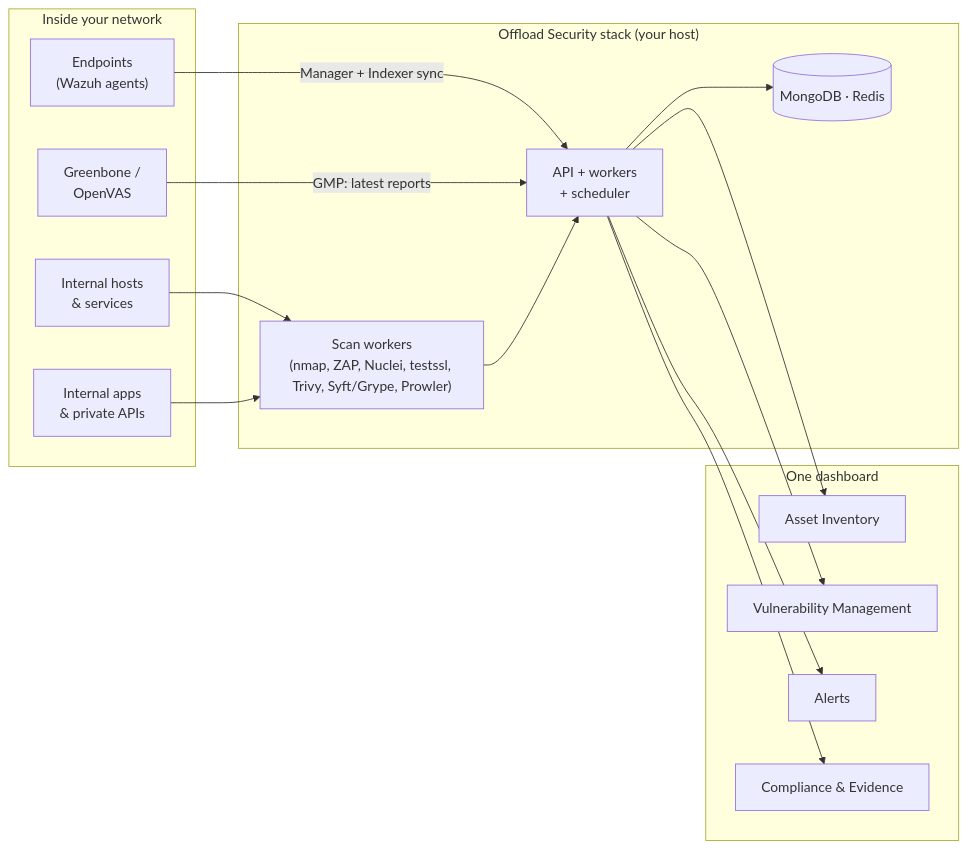
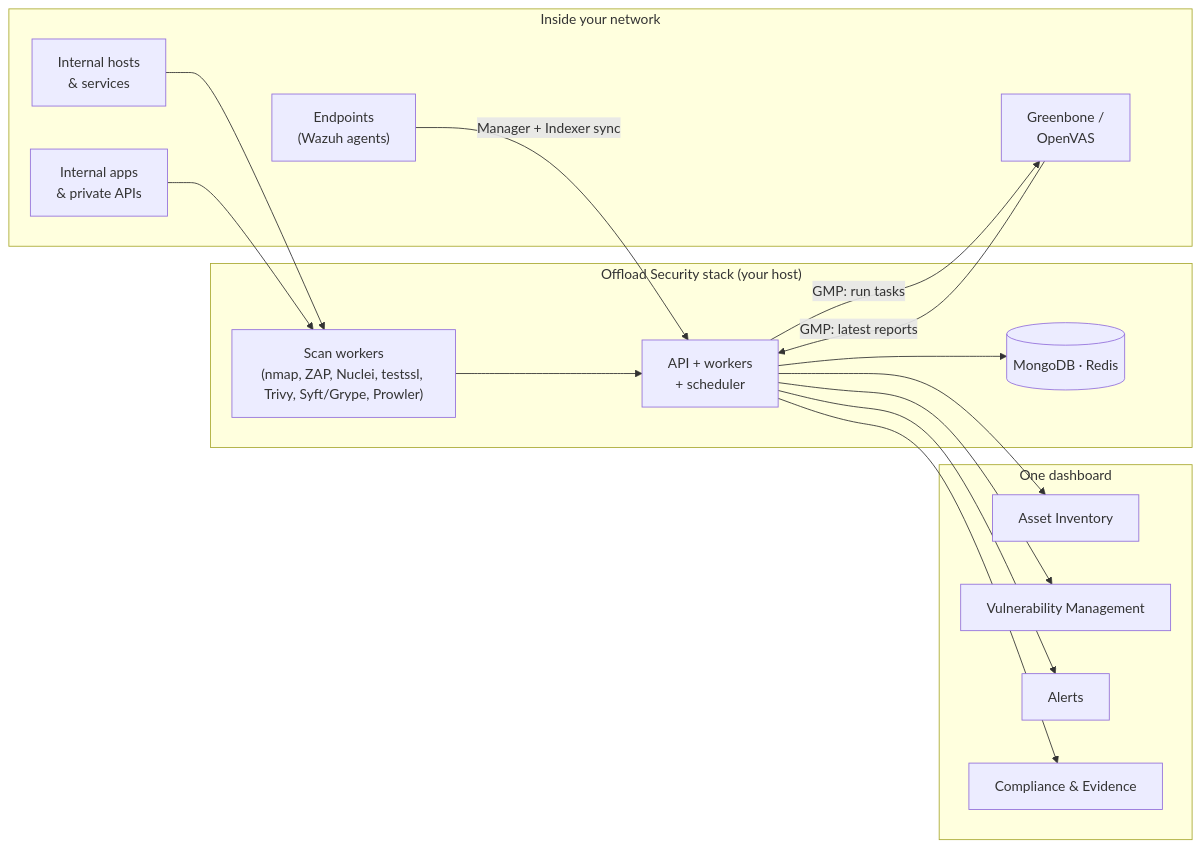
One commit to niteshsaini/offloadsecurity-docs changed the diagram in docs/on-premises/index.mdx. Above: the diagram before and after it, drawn with Mermaid. The commit also changed other lines of this file and 287 other files, not shown here.

````diff
--- a/docs/on-premises/index.mdx
+++ b/docs/on-premises/index.mdx
@@ -42,26 +42,27 @@
 ```mermaid
 flowchart LR
     subgraph Internal["Inside your network"]
         HOSTS["Internal hosts<br/>& services"]
         APPS["Internal apps<br/>& private APIs"]
         EP["Endpoints<br/>(Wazuh agents)"]
         GV["Greenbone /<br/>OpenVAS"]
     end
     subgraph Stack["Offload Security stack (your host)"]
         WK["Scan workers<br/>(nmap, ZAP, Nuclei, testssl, Trivy, Syft/Grype, Prowler)"]
         API["API + workers<br/>+ scheduler"]
         DB[("MongoDB · Redis")]
     end
     subgraph Views["One dashboard"]
         INV["Asset Inventory"]
         VM["Vulnerability Management"]
         AL["Alerts"]
         CMP["Compliance & Evidence"]
     end
     HOSTS --> WK
     APPS --> WK
     EP --> |Manager + Indexer sync| API
+    API --> |GMP: run tasks| GV
     GV --> |GMP: latest reports| API
     WK --> API --> DB
     API --> INV & VM & AL & CMP
 ```
````
